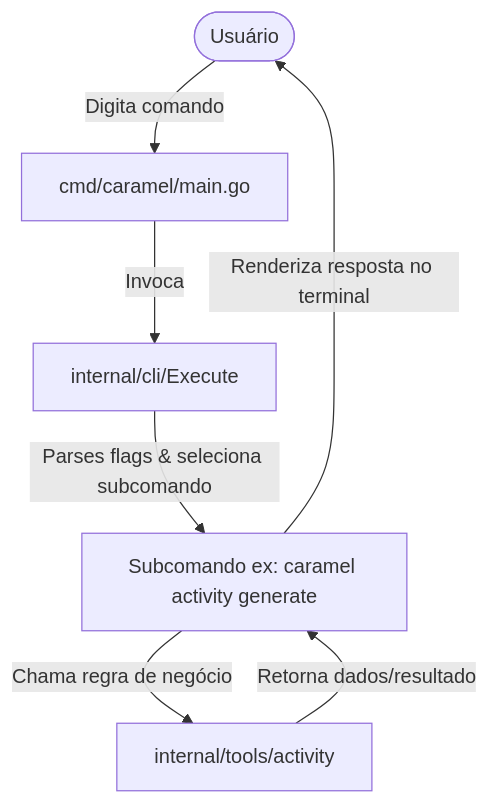
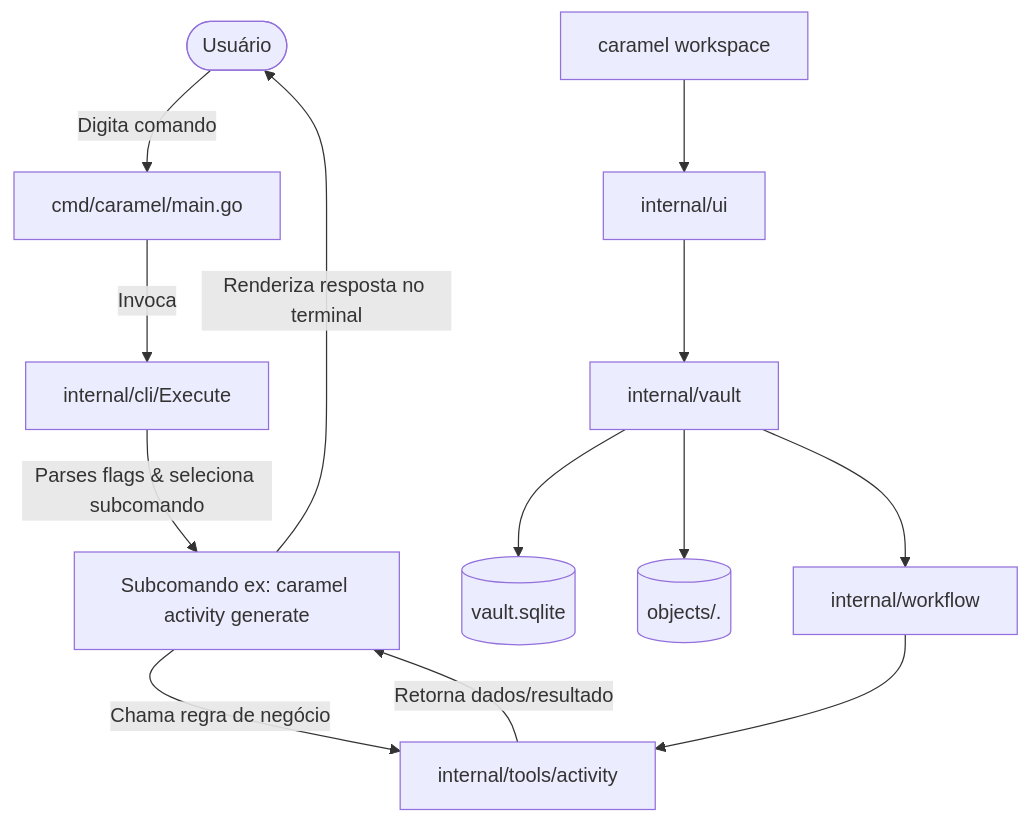
One commit to Wather17/Caramel changed the diagram in docs/ARCHITECTURE.md. Above: the diagram before and after it, drawn with Mermaid. The commit also changed other lines of this file and 4 other files, not shown here.

Commit message:
docs(workspace): document global vault workflow

````diff
--- a/docs/ARCHITECTURE.md
+++ b/docs/ARCHITECTURE.md
@@ -56,9 +82,16 @@
 ```mermaid
 graph TD
     User([Usuário]) -->|Digita comando| Main[cmd/caramel/main.go]
     Main -->|Invoca| CLI[internal/cli/Execute]
     CLI -->|Parses flags & seleciona subcomando| Command[Subcomando ex: caramel activity generate]
     Command -->|Chama regra de negócio| Tools[internal/tools/activity]
     Tools -->|Retorna dados/resultado| Command
     Command -->|Renderiza resposta no terminal| User
+
+    Workspace[caramel workspace] --> UI[internal/ui]
+    UI --> Vault[internal/vault]
+    Vault --> SQLite[(vault.sqlite)]
+    Vault --> Objects[(objects/<hash>.<ext>)]
+    Vault --> Workflow[internal/workflow]
+    Workflow --> Tools
 ```
````
